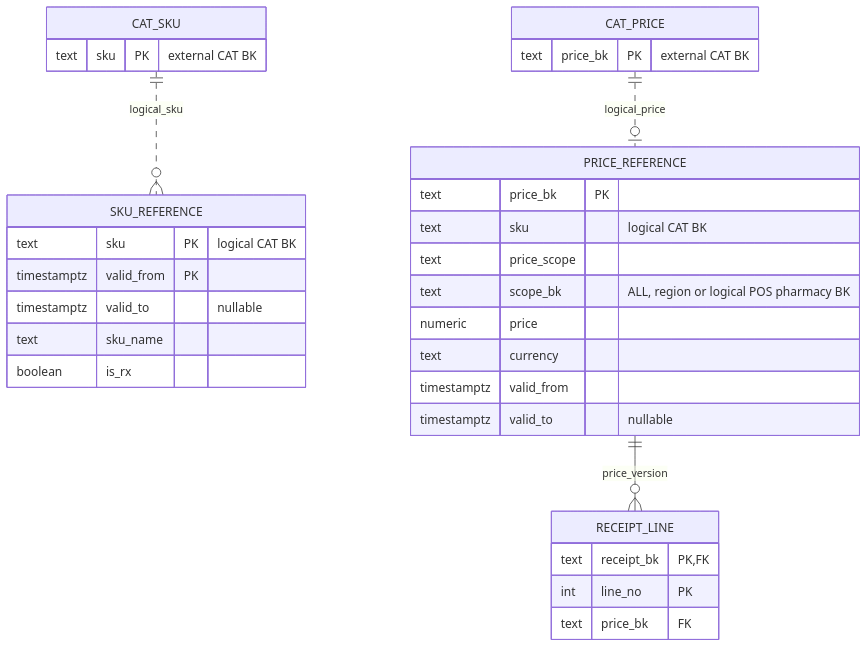
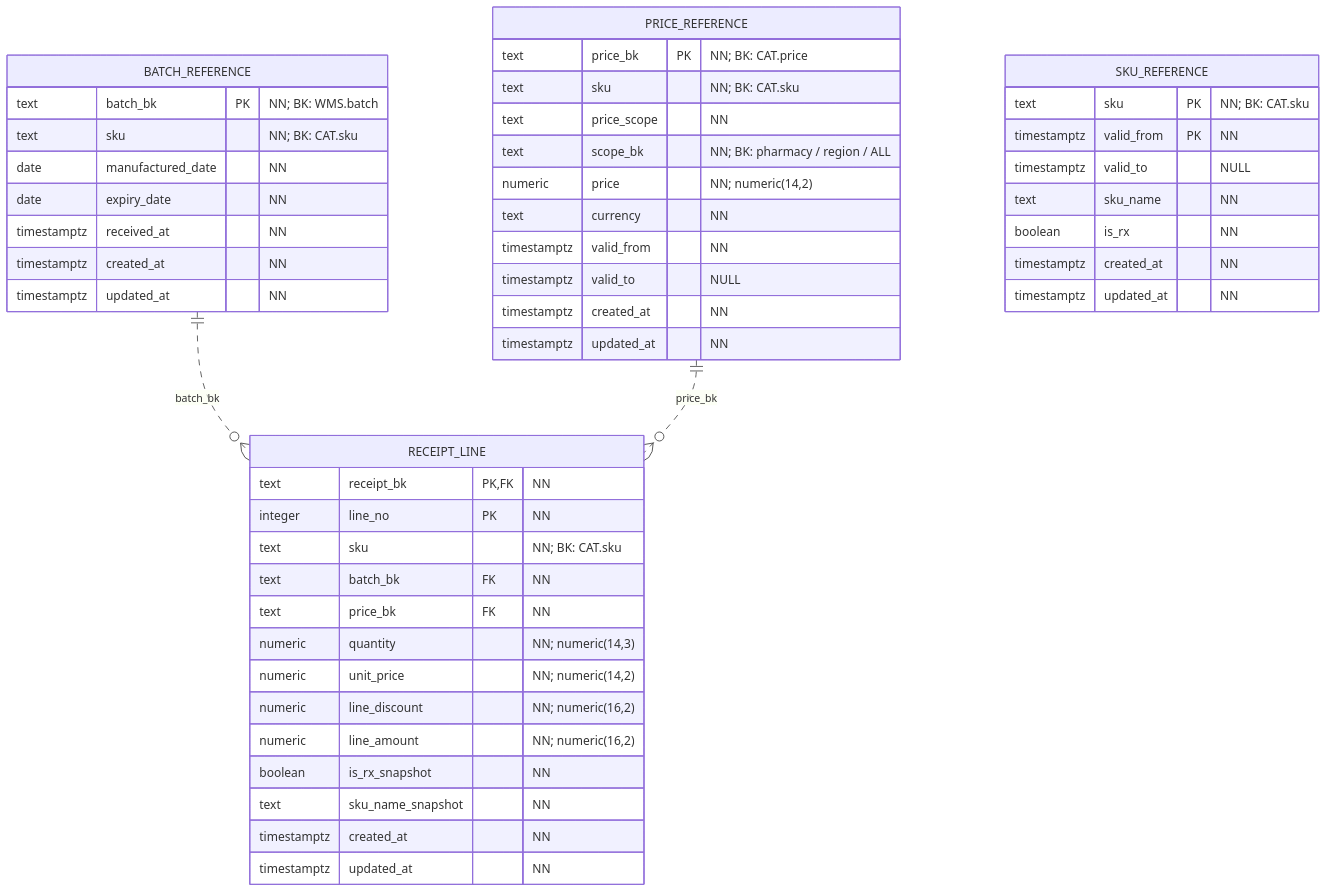
One commit to alexey077/dwh changed the fourth of 4 diagrams in docs/erd/pos.md. Above: the diagram before and after it, drawn with Mermaid. The commit also changed other lines of this file and 5 other files, not shown here.

Commit message:
Complete physical ER diagrams and correct keys and cardinalities [skip ci]

````diff
--- a/docs/erd/pos.md
+++ b/docs/erd/pos.md
@@ -110,34 +198,51 @@
 ```mermaid
 erDiagram
-    CAT_SKU ||..o{ SKU_REFERENCE : logical_sku
-    CAT_PRICE ||..o| PRICE_REFERENCE : logical_price
-    PRICE_REFERENCE ||--o{ RECEIPT_LINE : price_version
-    CAT_SKU {
-        text sku PK "external CAT BK"
+    direction TB
+    BATCH_REFERENCE ||..o{ RECEIPT_LINE : "batch_bk"
+    PRICE_REFERENCE ||..o{ RECEIPT_LINE : "price_bk"
+    RECEIPT_LINE {
+        text receipt_bk PK,FK "NN"
+        integer line_no PK "NN"
+        text sku "NN; BK: CAT.sku"
+        text batch_bk FK "NN"
+        text price_bk FK "NN"
+        numeric quantity "NN; numeric(14,3)"
+        numeric unit_price "NN; numeric(14,2)"
+        numeric line_discount "NN; numeric(16,2)"
+        numeric line_amount "NN; numeric(16,2)"
+        boolean is_rx_snapshot "NN"
+        text sku_name_snapshot "NN"
+        timestamptz created_at "NN"
+        timestamptz updated_at "NN"
     }
-    CAT_PRICE {
-        text price_bk PK "external CAT BK"
+    BATCH_REFERENCE {
+        text batch_bk PK "NN; BK: WMS.batch"
+        text sku "NN; BK: CAT.sku"
+        date manufactured_date "NN"
+        date expiry_date "NN"
+        timestamptz received_at "NN"
+        timestamptz created_at "NN"
+        timestamptz updated_at "NN"
     }
     SKU_REFERENCE {
-        text sku PK "logical CAT BK"
-        timestamptz valid_from PK
-        timestamptz valid_to "nullable"
-        text sku_name
-        boolean is_rx
+        text sku PK "NN; BK: CAT.sku"
+        timestamptz valid_from PK "NN"
+        timestamptz valid_to "NULL"
+        text sku_name "NN"
+        boolean is_rx "NN"
+        timestamptz created_at "NN"
+        timestamptz updated_at "NN"
     }
     PRICE_REFERENCE {
-        text price_bk PK
-        text sku "logical CAT BK"
-        text price_scope
-        text scope_bk "ALL, region or logical POS pharmacy BK"
-        numeric price
-        text currency
-        timestamptz valid_from
-        timestamptz valid_to "nullable"
-    }
-    RECEIPT_LINE {
-        text receipt_bk PK,FK
-        int line_no PK
-        text price_bk FK
+        text price_bk PK "NN; BK: CAT.price"
+        text sku "NN; BK: CAT.sku"
+        text price_scope "NN"
+        text scope_bk "NN; BK: pharmacy / region / ALL"
+        numeric price "NN; numeric(14,2)"
+        text currency "NN"
+        timestamptz valid_from "NN"
+        timestamptz valid_to "NULL"
+        timestamptz created_at "NN"
+        timestamptz updated_at "NN"
     }
 ```
````
